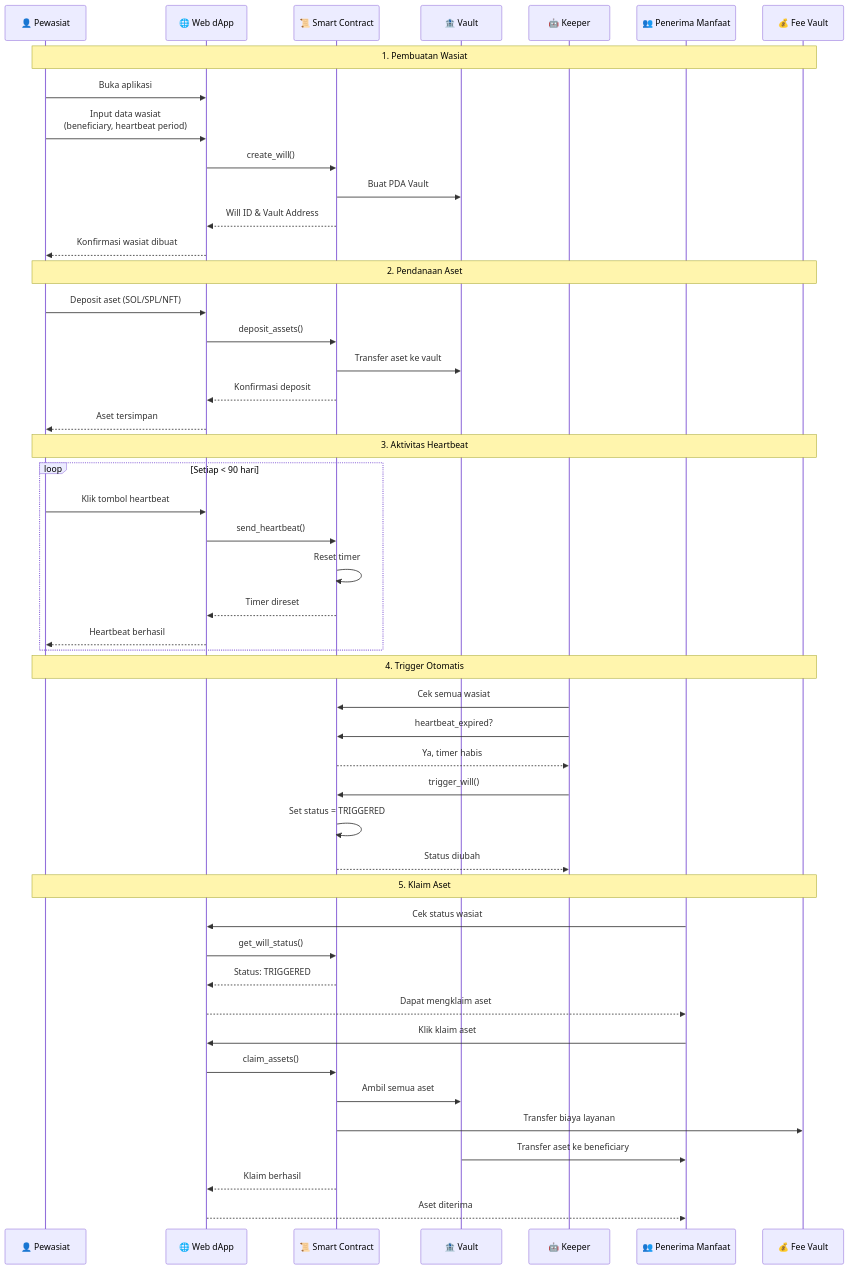
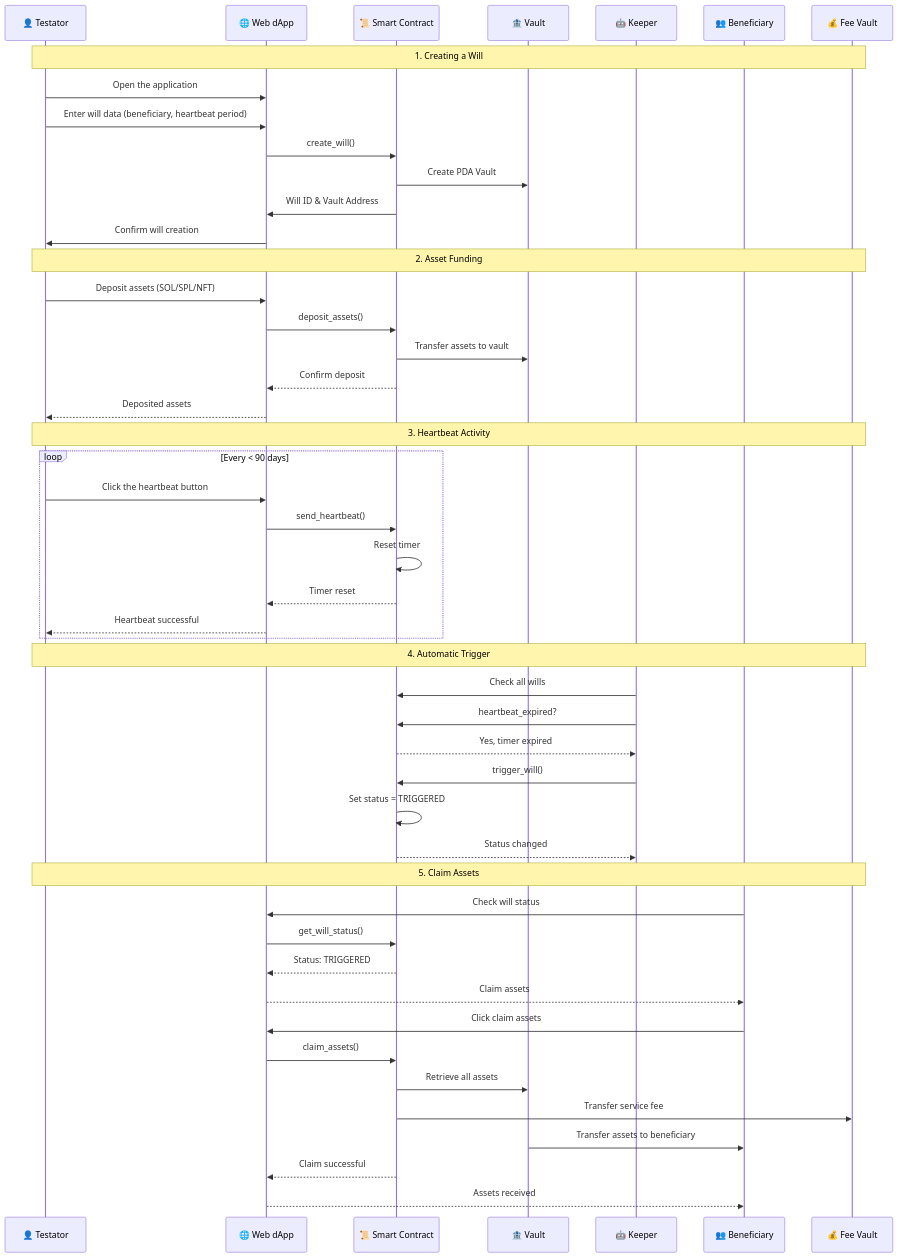
Before and after one commit to hutomosaktikartiko/wasiat-online: the fourth of 4 diagrams in docs/ARCHITECTURE.md, drawn with Mermaid. The commit also changed other lines of this file and 1 other file, not shown here.

Commit message:
readme: update main and architecture

````diff
--- a/docs/ARCHITECTURE.md
+++ b/docs/ARCHITECTURE.md
@@ -164,55 +164,55 @@
 ```mermaid
 sequenceDiagram
-    participant T as 👤 Pewasiat
+    participant T as 👤 Testator
     participant W as 🌐 Web dApp
     participant P as 📜 Smart Contract
     participant V as 🏦 Vault
     participant K as 🤖 Keeper
-    participant B as 👥 Penerima Manfaat
+    participant B as 👥 Beneficiary
     participant F as 💰 Fee Vault
 
-    Note over T,F: 1. Pembuatan Wasiat
-    T->>W: Buka aplikasi
-    T->>W: Input data wasiat<br/>(beneficiary, heartbeat period)
+    Note over T,F: 1. Creating a Will
+    T->>W: Open the application
+    T->>W: Enter will data (beneficiary, heartbeat period)
     W->>P: create_will()
-    P->>V: Buat PDA Vault
-    P-->>W: Will ID & Vault Address
-    W-->>T: Konfirmasi wasiat dibuat
+    P->>V: Create PDA Vault
+    P->>W: Will ID & Vault Address
+    W->>T: Confirm will creation
 
-    Note over T,F: 2. Pendanaan Aset
-    T->>W: Deposit aset (SOL/SPL/NFT)
+    Note over T,F: 2. Asset Funding
+    T->>W: Deposit assets (SOL/SPL/NFT)
     W->>P: deposit_assets()
-    P->>V: Transfer aset ke vault
-    P-->>W: Konfirmasi deposit
-    W-->>T: Aset tersimpan
+    P->>V: Transfer assets to vault
+    P-->>W: Confirm deposit
+    W-->>T: Deposited assets
 
-    Note over T,F: 3. Aktivitas Heartbeat
-    loop Setiap < 90 hari
-        T->>W: Klik tombol heartbeat
-        W->>P: send_heartbeat()
-        P->>P: Reset timer
-        P-->>W: Timer direset
-        W-->>T: Heartbeat berhasil
+    Note over T,F: 3. Heartbeat Activity
+    Loop Every < 90 days
+    T->>W: Click the heartbeat button
+    W->>P: send_heartbeat()
+    P->>P: Reset timer
+    P-->>W: Timer reset
+    W-->>T: Heartbeat successful
     end
 
-    Note over T,F: 4. Trigger Otomatis
-    K->>P: Cek semua wasiat
+    Note over T,F: 4. Automatic Trigger
+    K->>P: Check all wills
     K->>P: heartbeat_expired?
-    P-->>K: Ya, timer habis
+    P-->>K: Yes, timer expired
     K->>P: trigger_will()
     P->>P: Set status = TRIGGERED
-    P-->>K: Status diubah
+    P-->>K: Status changed
 
-    Note over T,F: 5. Klaim Aset
-    B->>W: Cek status wasiat
+    Note over T,F: 5. Claim Assets
+    B->>W: Check will status
     W->>P: get_will_status()
     P-->>W: Status: TRIGGERED
-    W-->>B: Dapat mengklaim aset
-    B->>W: Klik klaim aset
+    W-->>B: Claim assets
+    B->>W: Click claim assets
     W->>P: claim_assets()
-    P->>V: Ambil semua aset
-    P->>F: Transfer biaya layanan
-    V->>B: Transfer aset ke beneficiary
-    P-->>W: Klaim berhasil
-    W-->>B: Aset diterima
+    P->>V: Retrieve all assets
+    P->>F: Transfer service fee
+    V->>B: Transfer assets to beneficiary
+    P-->>W: Claim successful
+    W-->>B: Assets received
 ```
````
